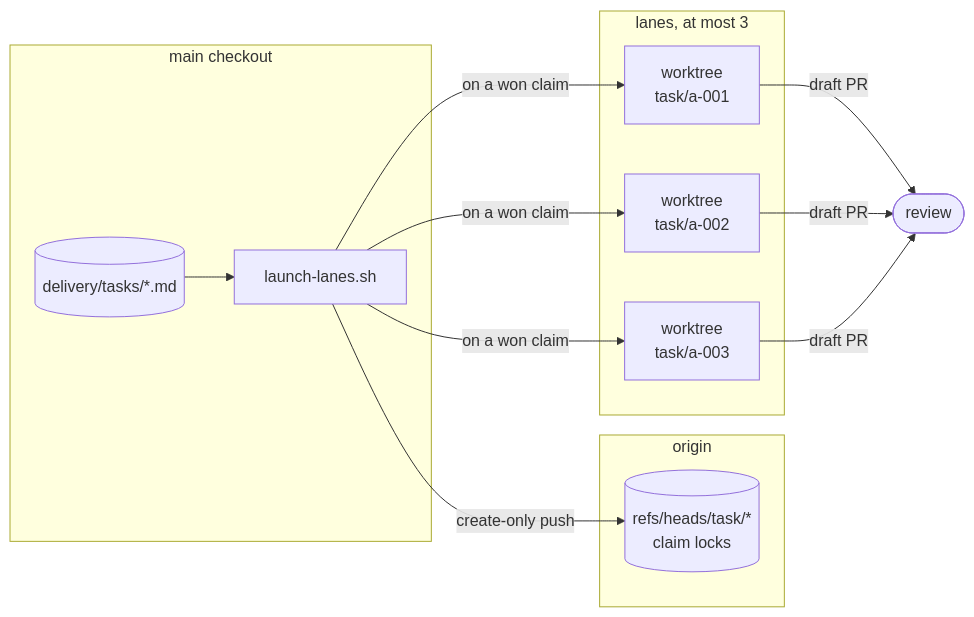
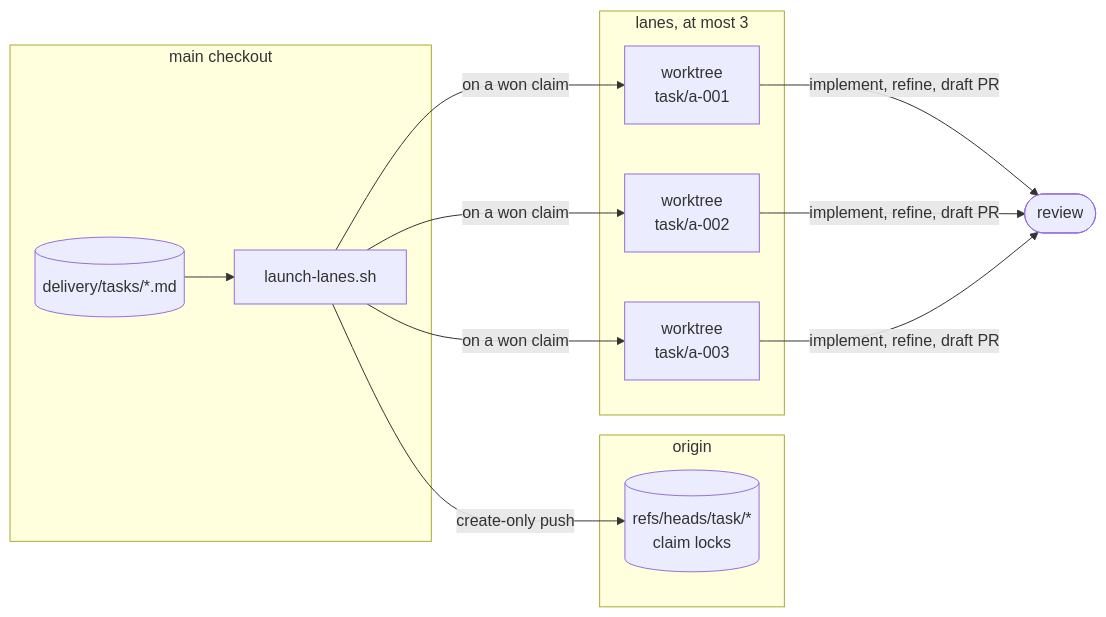
One commit to ancelin-code/delivery-kit changed the second of 3 diagrams in README.md. Above: the diagram before and after it, drawn with Mermaid. The commit also changed other lines of this file and 1 other file, not shown here.

````diff
--- a/README.md
+++ b/README.md
@@ -140,22 +140,22 @@
 ```mermaid
 flowchart LR
     subgraph main["main checkout"]
         T[("delivery/tasks/*.md")]
         L["launch-lanes.sh"]
     end
 
     subgraph remote["origin"]
         C[("refs/heads/task/*<br/>claim locks")]
     end
 
     subgraph lanes["lanes, at most 3"]
         W1["worktree<br/>task/a-001"]
         W2["worktree<br/>task/a-002"]
         W3["worktree<br/>task/a-003"]
     end
 
     T --> L
     L -->|create-only push| C
     L -->|on a won claim| W1 & W2 & W3
-    W1 & W2 & W3 -->|draft PR| PR([review])
+    W1 & W2 & W3 -->|implement, refine, draft PR| PR([review])
 ```
````
